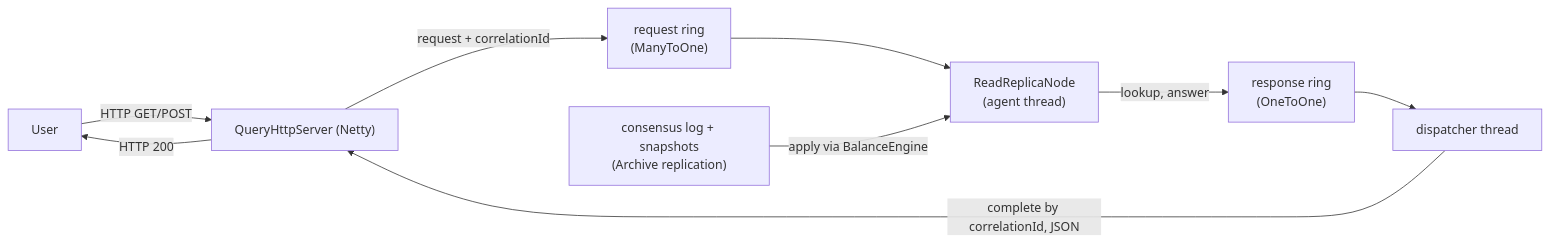
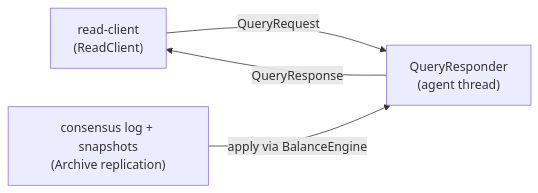
One commit to justrade-io/ledgerd changed the second of 8 diagrams in docs/ARCHITECTURE.md. Above: the diagram before and after it, drawn with Mermaid. The commit also changed other lines of this file and 82 other files, not shown here.

First line of the commit message:
Refactor Read Replica Tests to Use ReadClient and Remove HTTP Dependencies

````diff
--- a/docs/ARCHITECTURE.md
+++ b/docs/ARCHITECTURE.md
@@ -361,11 +343,6 @@
 ```mermaid
 flowchart LR
-    USER["User"] -->|" HTTP GET/POST "| NETTY["QueryHttpServer (Netty)"]
-    NETTY -->|" request + correlationId "| REQ["request ring\n(ManyToOne)"]
-    REQ --> SVC["ReadReplicaNode\n(agent thread)"]
-    LOG["consensus log + snapshots\n(Archive replication)"] -->|" apply via BalanceEngine "| SVC
-    SVC -->|" lookup, answer "| RESP["response ring\n(OneToOne)"]
-    RESP --> DISP["dispatcher thread"]
-    DISP -->|" complete by correlationId, JSON "| NETTY
-    NETTY -->|" HTTP 200 "| USER
+    CLIENT["read-client\n(ReadClient)"] -->|" QueryRequest "| RESPONDER["QueryResponder\n(agent thread)"]
+    LOG["consensus log + snapshots\n(Archive replication)"] -->|" apply via BalanceEngine "| RESPONDER
+    RESPONDER -->|" QueryResponse "| CLIENT
 ```
````
